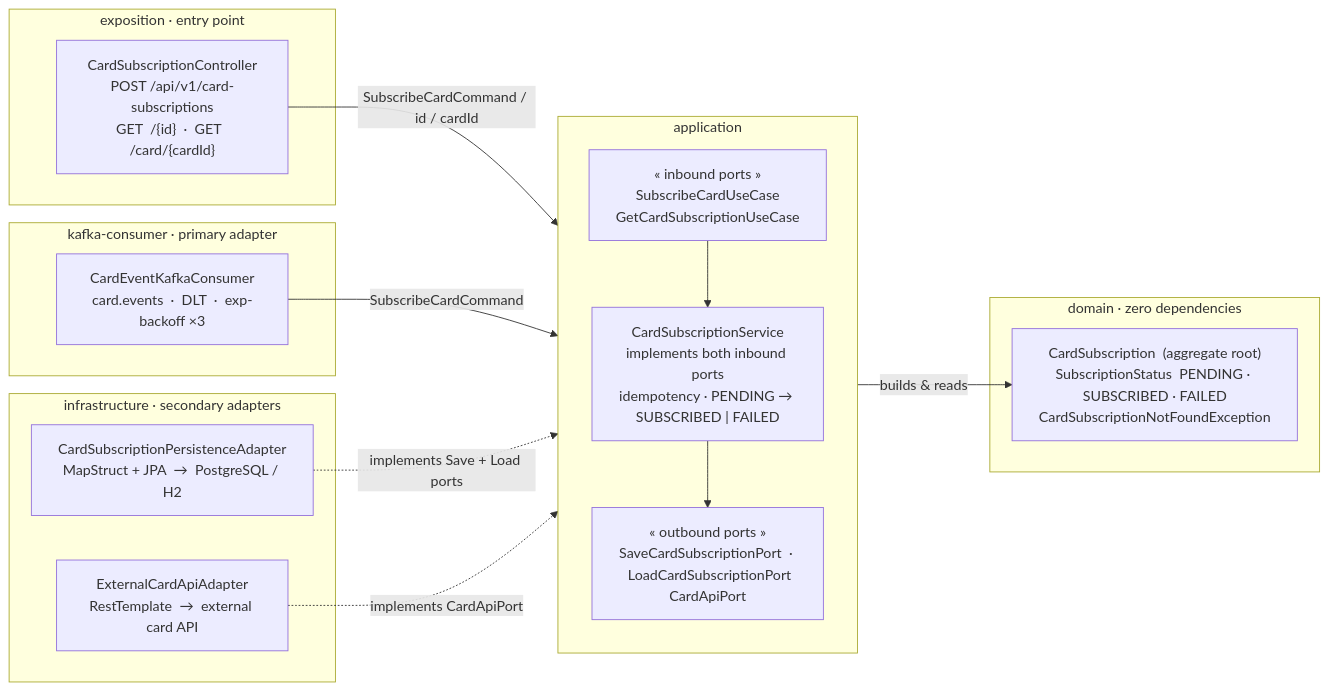
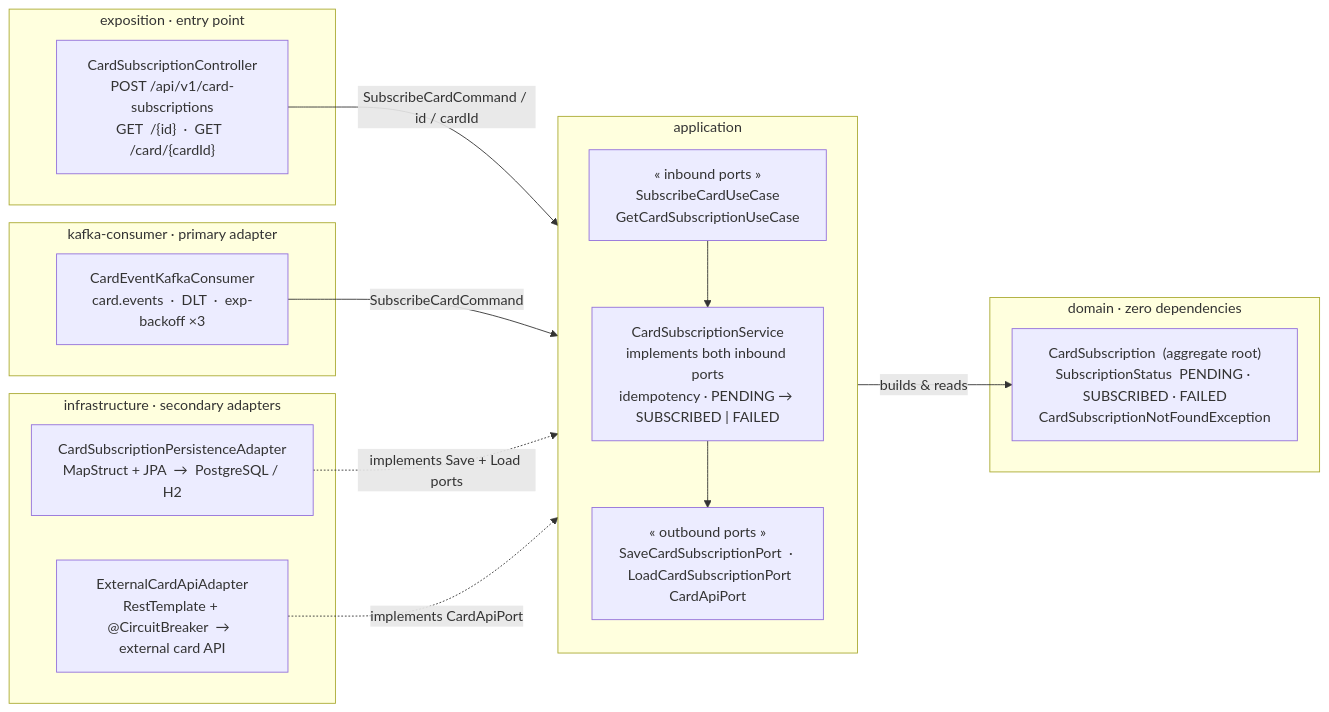
One commit to M-Touiti/card-subscription-service changed the first of 3 diagrams in README.md. Above: the diagram before and after it, drawn with Mermaid. The commit also changed other lines of this file and 9 other files, not shown here.

First line of the commit message:
feat: add integration tests, circuit breaker, and observability

````diff
--- a/README.md
+++ b/README.md
@@ -45,42 +45,42 @@
 ```mermaid
 graph LR
     %% ── Primary Adapters (Driving) ──────────────────────────────────────────
     subgraph EXP["exposition  ·  entry point"]
         CTRL["CardSubscriptionController\nPOST /api/v1/card-subscriptions\nGET  /{id}  ·  GET  /card/{cardId}"]
     end
     subgraph KC["kafka-consumer  ·  primary adapter"]
         KL["CardEventKafkaConsumer\ncard.events  ·  DLT  ·  exp-backoff ×3"]
     end
 
     %% ── Application Core ────────────────────────────────────────────────────
     subgraph APP["application"]
         direction TB
         IUC["« inbound ports »\nSubscribeCardUseCase\nGetCardSubscriptionUseCase"]
         SVC["CardSubscriptionService\nimplements both inbound ports\nidempotency · PENDING → SUBSCRIBED | FAILED"]
         OUC["« outbound ports »\nSaveCardSubscriptionPort  ·  LoadCardSubscriptionPort\nCardApiPort"]
         IUC --> SVC
         SVC --> OUC
     end
 
     %% ── Domain (innermost) ──────────────────────────────────────────────────
     subgraph DOM["domain  ·  zero dependencies"]
         DM["CardSubscription  (aggregate root)\nSubscriptionStatus  PENDING · SUBSCRIBED · FAILED\nCardSubscriptionNotFoundException"]
     end
 
     %% ── Secondary Adapters (Driven) ─────────────────────────────────────────
     subgraph INFRA["infrastructure  ·  secondary adapters"]
         PA["CardSubscriptionPersistenceAdapter\nMapStruct + JPA  →  PostgreSQL / H2"]
-        ECA["ExternalCardApiAdapter\nRestTemplate  →  external card API"]
+        ECA["ExternalCardApiAdapter\nRestTemplate + @CircuitBreaker  →  external card API"]
     end
 
     %% Driving side calls inbound ports
     CTRL -->|"SubscribeCardCommand / id / cardId"| IUC
     KL -->|"SubscribeCardCommand"| IUC
 
     %% Service operates on the domain model
     SVC -->|"builds & reads"| DM
 
     %% Infrastructure depends on (implements) outbound ports — arrows point inward
     PA  -. "implements Save + Load ports" .-> OUC
     ECA -. "implements CardApiPort" .->      OUC
 ```
````
